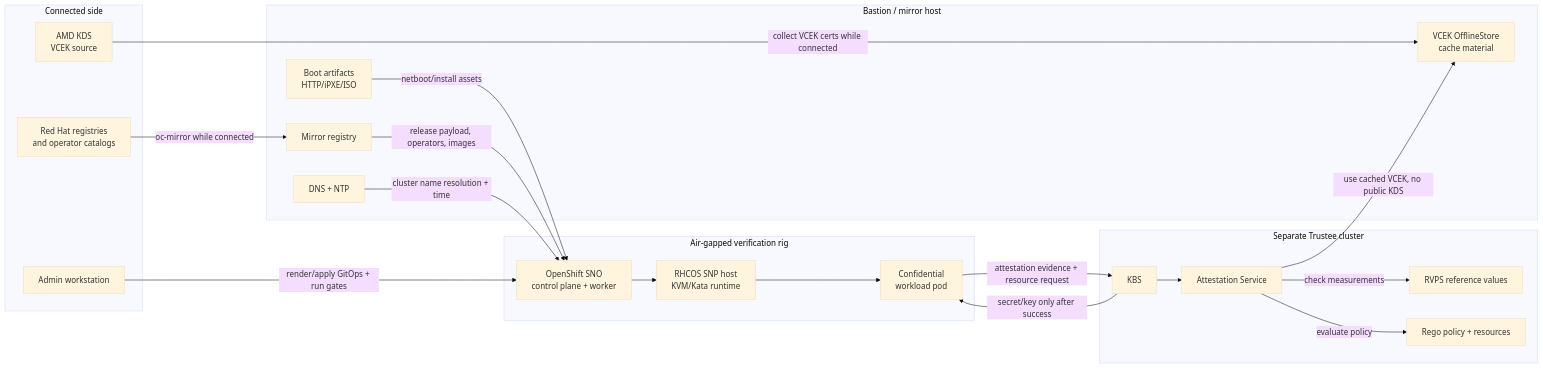
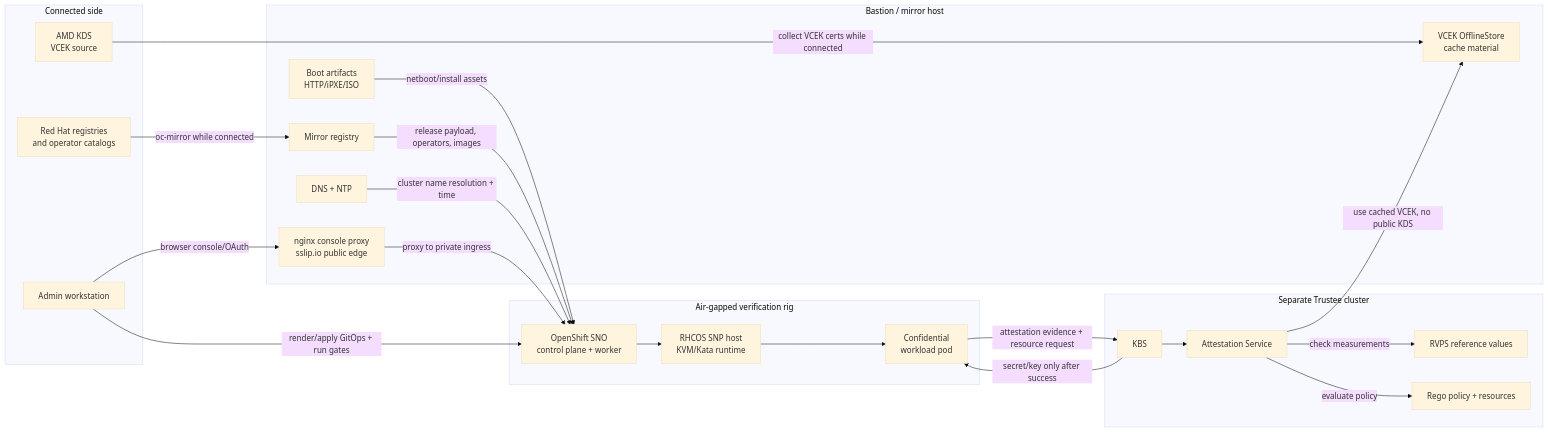
Before and after one commit to shpwrck/openshift-confidential-containers: the first of 3 diagrams in docs/architecture.md, drawn with Mermaid (base theme). The commit also changed other lines of this file and 1 other file, not shown here.

Commit message:
Document public console proxy in overview

````diff
--- a/docs/architecture.md
+++ b/docs/architecture.md
@@ -16,42 +16,45 @@
 ```mermaid
 flowchart LR
   subgraph Connected[Connected side]
     RH[Red Hat registries\nand operator catalogs]
     AMD[AMD KDS\nVCEK source]
     Admin[Admin workstation]
   end
 
   subgraph Bastion[Bastion / mirror host]
     Mirror[Mirror registry]
     DNS[DNS + NTP]
     Boot[Boot artifacts\nHTTP/iPXE/ISO]
+    ConsoleProxy[nginx console proxy\nsslip.io public edge]
     Cache[VCEK OfflineStore\ncache material]
   end
 
   subgraph Airgap[Air-gapped verification rig]
     SNO[OpenShift SNO\ncontrol plane + worker]
     RHCOS[RHCOS SNP host\nKVM/Kata runtime]
     CoCo[Confidential\nworkload pod]
   end
 
   subgraph TrusteeCluster[Separate Trustee cluster]
     KBS[KBS]
     AS[Attestation Service]
     RVPS[RVPS reference values]
     Policy[Rego policy + resources]
   end
 
   RH -->|oc-mirror while connected| Mirror
   AMD -->|collect VCEK certs while connected| Cache
   Admin -->|render/apply GitOps + run gates| SNO
+  Admin -->|browser console/OAuth| ConsoleProxy
   Boot -->|netboot/install assets| SNO
   Mirror -->|release payload, operators, images| SNO
   DNS -->|cluster name resolution + time| SNO
+  ConsoleProxy -->|proxy to private ingress| SNO
   SNO --> RHCOS --> CoCo
   CoCo -->|attestation evidence + resource request| KBS
   KBS --> AS
   AS -->|check measurements| RVPS
   AS -->|evaluate policy| Policy
   AS -->|use cached VCEK, no public KDS| Cache
   KBS -->|secret/key only after success| CoCo
 ```
````
